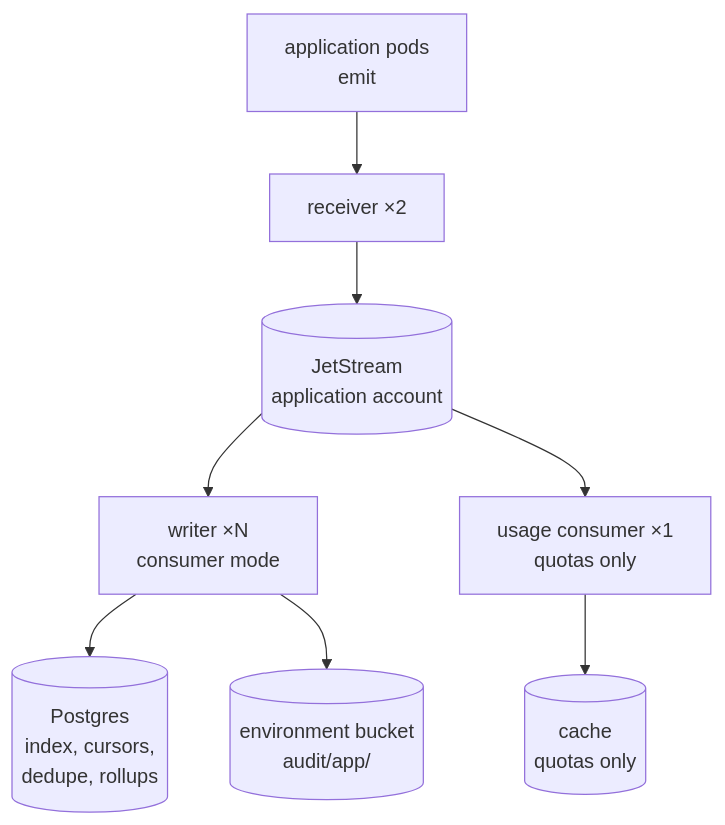
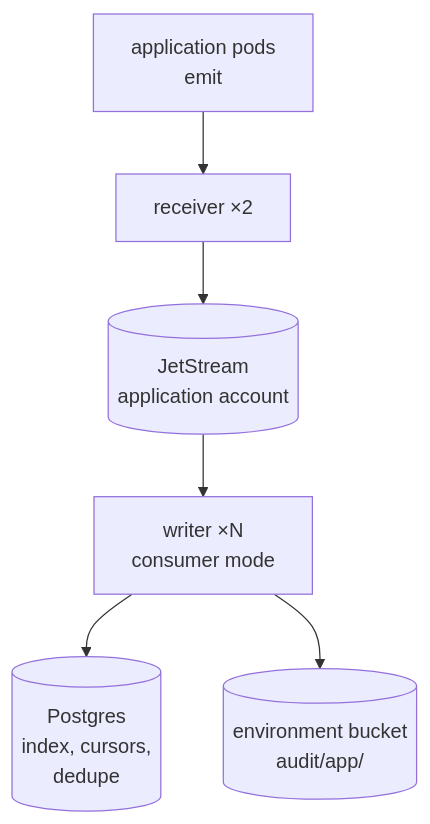
Before and after one commit to truvity/sluis: the first of 3 diagrams in docs/concepts/audit/stream-mode.md, drawn with Mermaid. The commit also changed other lines of this file and 62 other files, not shown here.

````diff
--- a/docs/concepts/audit/stream-mode.md
+++ b/docs/concepts/audit/stream-mode.md
@@ -11,17 +11,13 @@
 ```mermaid
 flowchart TB
   E["application pods<br/>emit"]
   R["receiver ×2"]
   NATS[("JetStream<br/>application account")]
   W["writer ×N<br/>consumer mode"]
-  U["usage consumer ×1<br/>quotas only"]
-  PG[("Postgres<br/>index, cursors,<br/>dedupe, rollups")]
+  PG[("Postgres<br/>index, cursors,<br/>dedupe")]
   S3[("environment bucket<br/>audit/app/")]
-  VK[("cache<br/>quotas only")]
   E --> R --> NATS
   NATS --> W
-  NATS --> U
   W --> PG
   W --> S3
-  U --> VK
 ```
````
